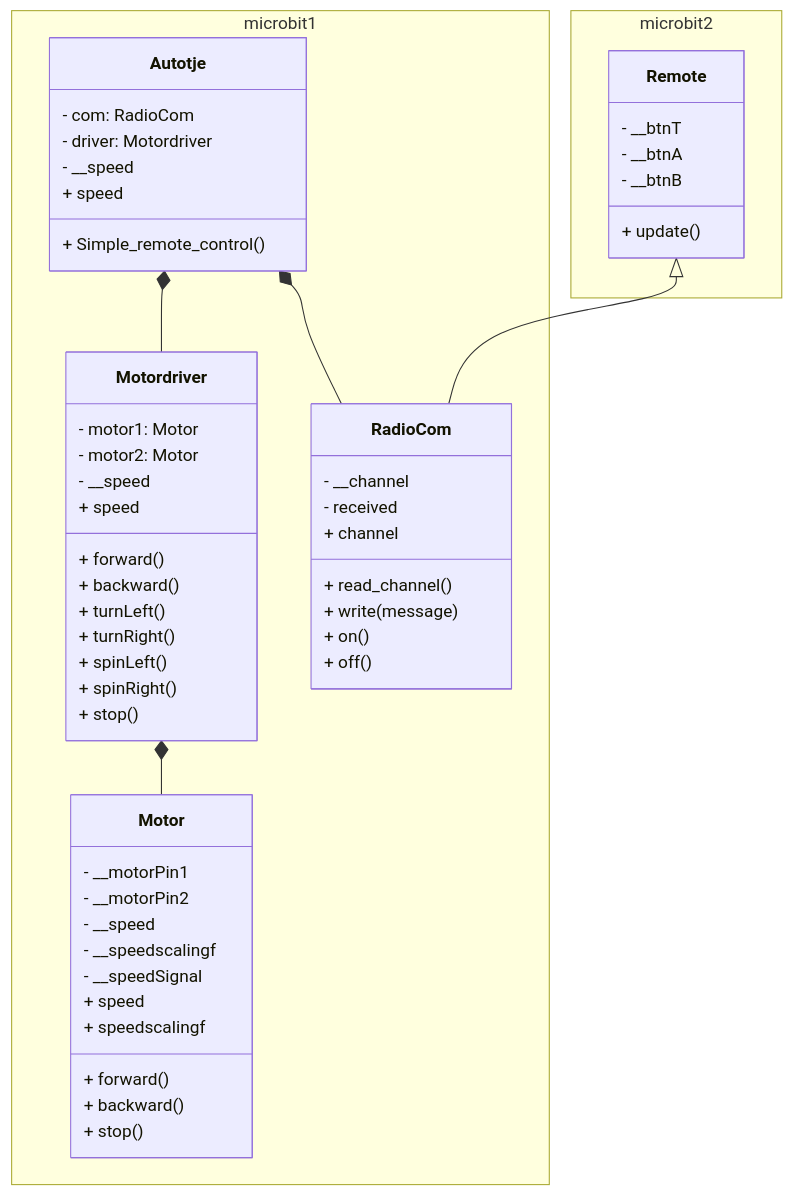
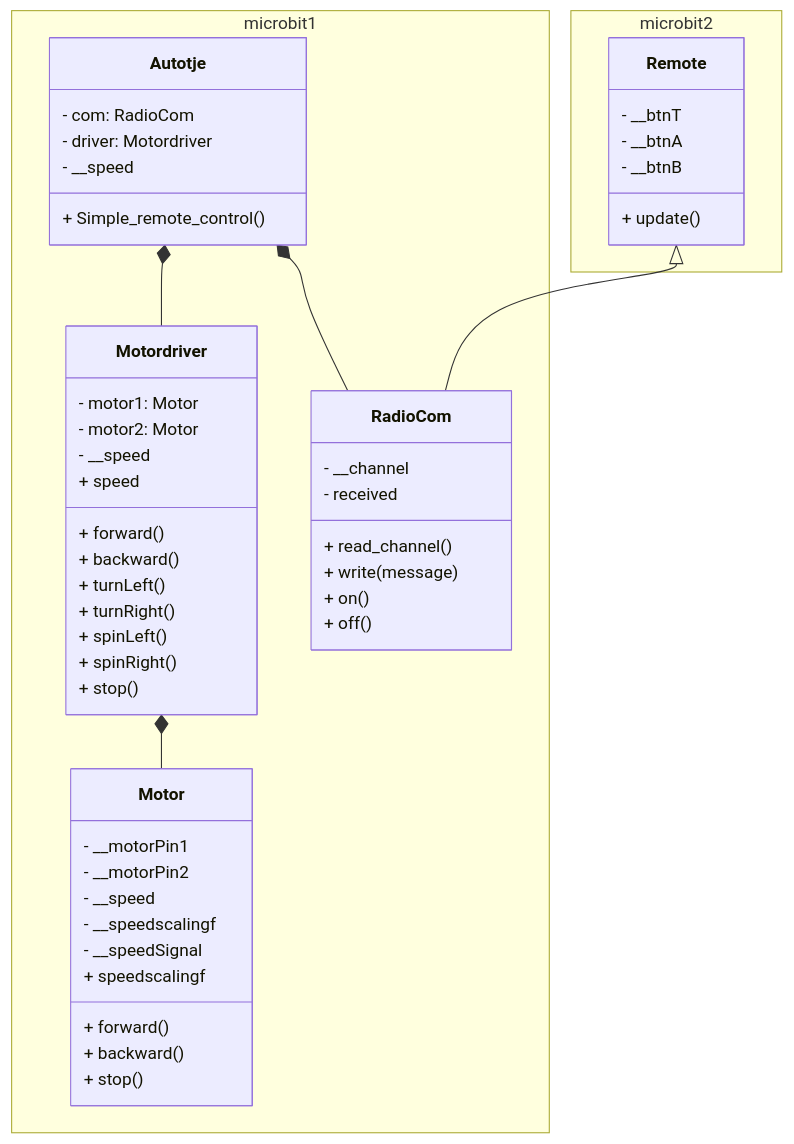
One commit to jensthebrogrammer/project_autotje changed the diagram in newUML.md. Above: the diagram before and after it, drawn with Mermaid.

````diff
--- a/newUML.md
+++ b/newUML.md
@@ -1,66 +1,63 @@
 ```mermaid
 classDiagram
     namespace microbit1 {
         class Autotje {
             - com: RadioCom
             - driver: Motordriver
             - __speed
-            + speed
             + Simple_remote_control()
         }
 
         class Motor {
             - __motorPin1
             - __motorPin2
             - __speed
             - __speedscalingf
             - __speedSignal
             + forward()
             + backward()
             + stop()
-            + speed
             + speedscalingf
         }
         
         class Motordriver {
             - motor1: Motor
             - motor2: Motor
             - __speed
             + speed
             + forward()
             + backward()
             + turnLeft()
             + turnRight()
             + spinLeft()
             + spinRight()
             + stop()
         }
 
         class RadioCom {
             - __channel
             - received
             + read_channel()
-            + channel
             + write(message)
             + on()
             + off()
         }
     }
 
     namespace microbit2 {
         class Remote {
             - __btnT
             - __btnA
             - __btnB
             + update()
         }
     }
 
     Autotje *-- RadioCom 
     Autotje *-- Motordriver 
     Motordriver *-- Motor 
     Remote <|-- RadioCom
 
 
 
  ```
````
